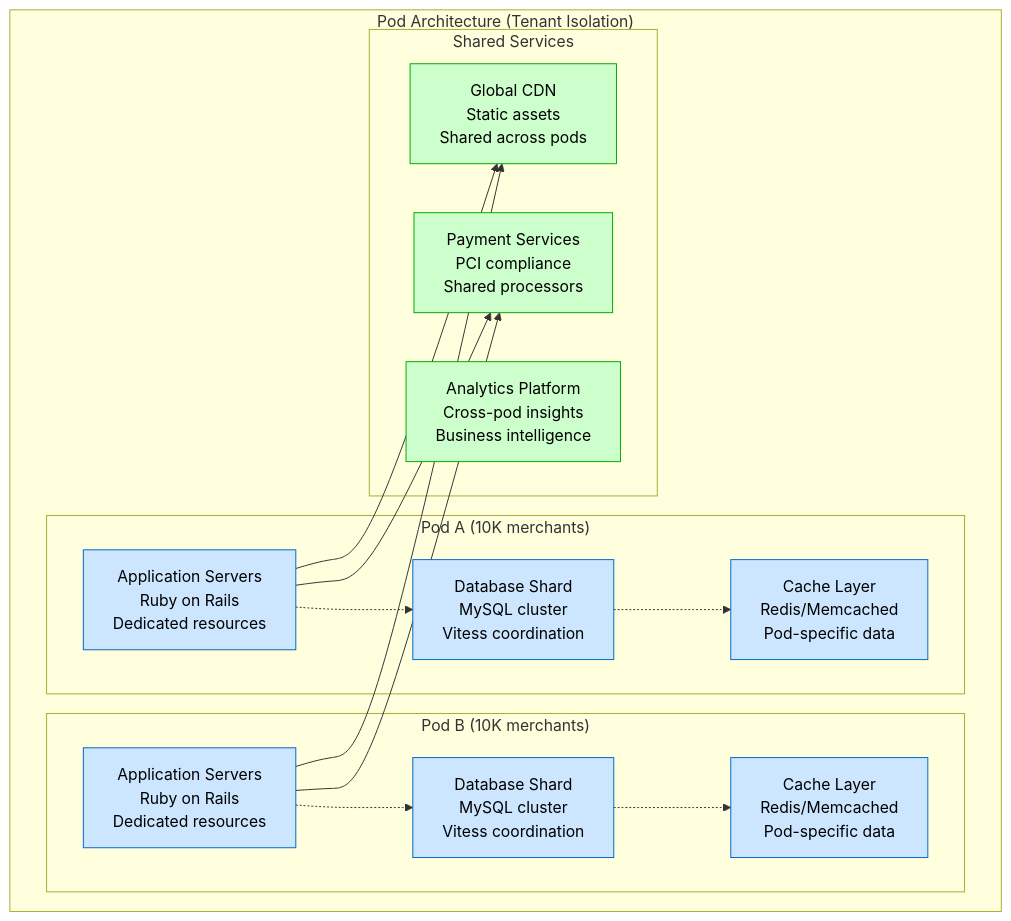
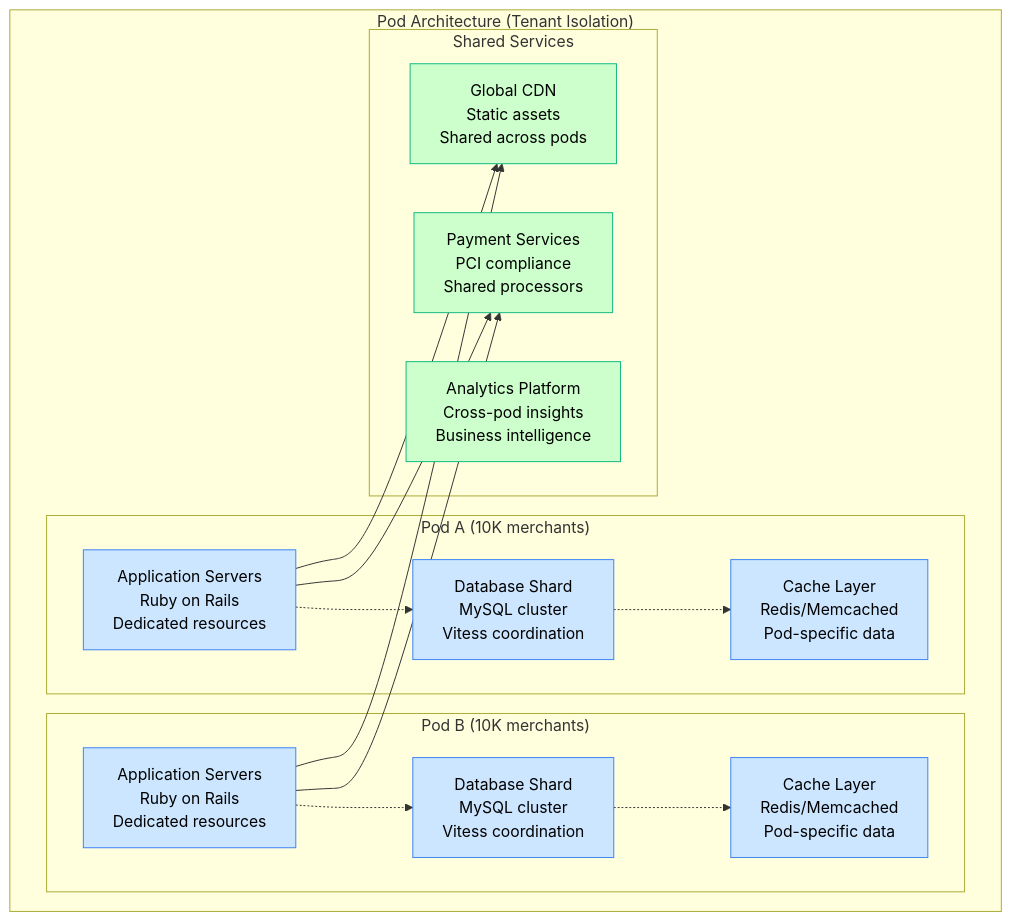
One commit to deepaucksharma/DS changed the second of 3 diagrams in site/docs/systems/shopify/architecture.md. Above: the diagram before and after it, drawn with Mermaid. The commit also changed other lines of this file and 303 other files, not shown here.

````diff
--- a/site/docs/systems/shopify/architecture.md
+++ b/site/docs/systems/shopify/architecture.md
@@ -137,41 +137,41 @@
 ```mermaid
 graph TB
     subgraph "Pod Architecture (Tenant Isolation)"
         subgraph "Pod A (10K merchants)"
             APP_A[Application Servers<br/>Ruby on Rails<br/>Dedicated resources]
             DB_A[Database Shard<br/>MySQL cluster<br/>Vitess coordination]
             CACHE_A[Cache Layer<br/>Redis/Memcached<br/>Pod-specific data]
         end
 
         subgraph "Pod B (10K merchants)"
             APP_B[Application Servers<br/>Ruby on Rails<br/>Dedicated resources]
             DB_B[Database Shard<br/>MySQL cluster<br/>Vitess coordination]
             CACHE_B[Cache Layer<br/>Redis/Memcached<br/>Pod-specific data]
         end
 
         subgraph "Shared Services"
             SHARED_CDN[Global CDN<br/>Static assets<br/>Shared across pods]
             SHARED_PAYMENTS[Payment Services<br/>PCI compliance<br/>Shared processors]
             SHARED_ANALYTICS[Analytics Platform<br/>Cross-pod insights<br/>Business intelligence]
         end
     end
 
     %% Isolation boundaries
     APP_A -.-> DB_A
     APP_B -.-> DB_B
     DB_A -.-> CACHE_A
     DB_B -.-> CACHE_B
 
     %% Shared services
     APP_A --> SHARED_CDN
     APP_B --> SHARED_CDN
     APP_A --> SHARED_PAYMENTS
     APP_B --> SHARED_PAYMENTS
 
     %% Apply pod colors
-    classDef podStyle fill:#CCE6FF,stroke:#0066CC,color:#000
-    classDef sharedStyle fill:#CCFFCC,stroke:#00AA00,color:#000
+    classDef podStyle fill:#CCE6FF,stroke:#3B82F6,color:#000
+    classDef sharedStyle fill:#CCFFCC,stroke:#10B981,color:#000
 
     class APP_A,DB_A,CACHE_A,APP_B,DB_B,CACHE_B podStyle
     class SHARED_CDN,SHARED_PAYMENTS,SHARED_ANALYTICS sharedStyle
 ```
````
